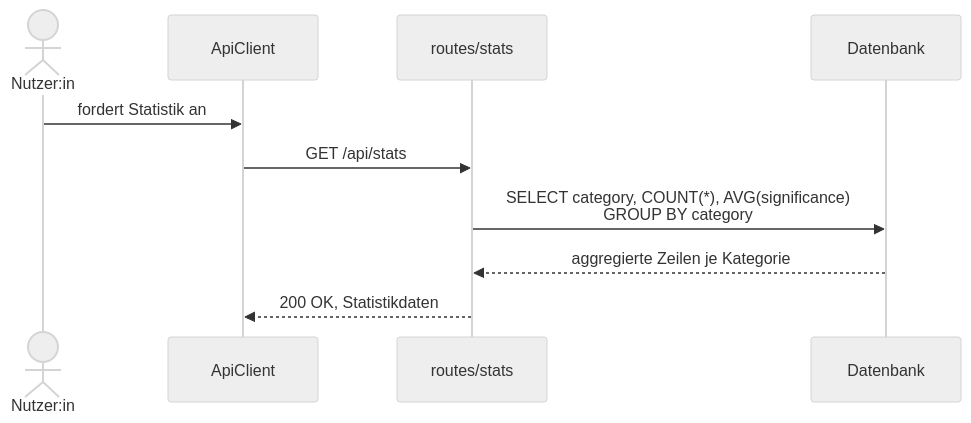
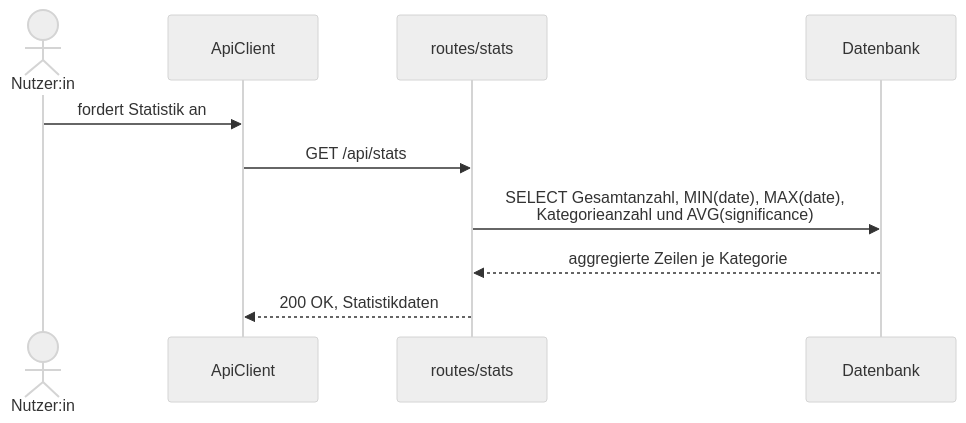
The third of 3 diagrams in docs/arch/A06-Laufzeitansicht.md (ksukh-ux/lifeline-project), drawn with Mermaid (neutral theme) before and after one commit. The commit also changed other lines of this file and 7 other files, not shown here.

````diff
--- a/docs/arch/A06-Laufzeitansicht.md
+++ b/docs/arch/A06-Laufzeitansicht.md
@@ -81,13 +81,13 @@
 ```mermaid
 sequenceDiagram
     actor N as Nutzer:in
     participant AC as ApiClient
     participant R as routes/stats
     participant DB as Datenbank
 
     N->>AC: fordert Statistik an
     AC->>R: GET /api/stats
-    R->>DB: SELECT category, COUNT(*), AVG(significance)<br/>GROUP BY category
+    R->>DB: SELECT Gesamtanzahl, MIN(date), MAX(date),<br/>Kategorieanzahl und AVG(significance)
     DB-->>R: aggregierte Zeilen je Kategorie
     R-->>AC: 200 OK, Statistikdaten
 ```
````
